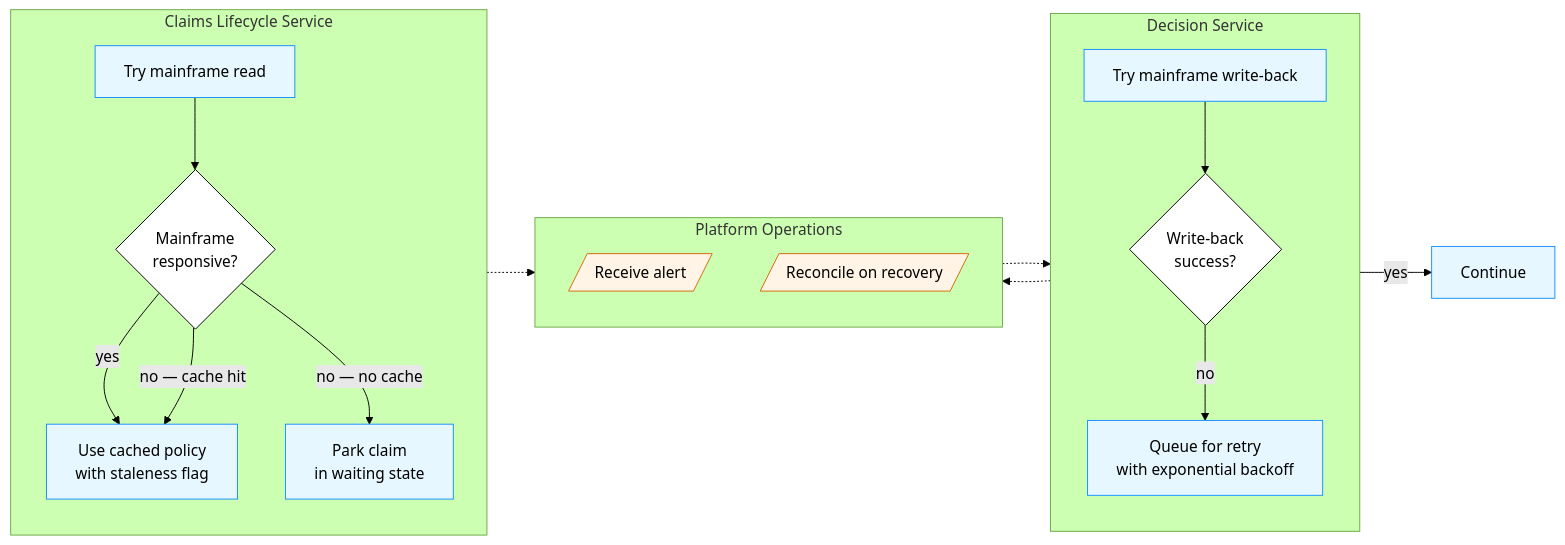
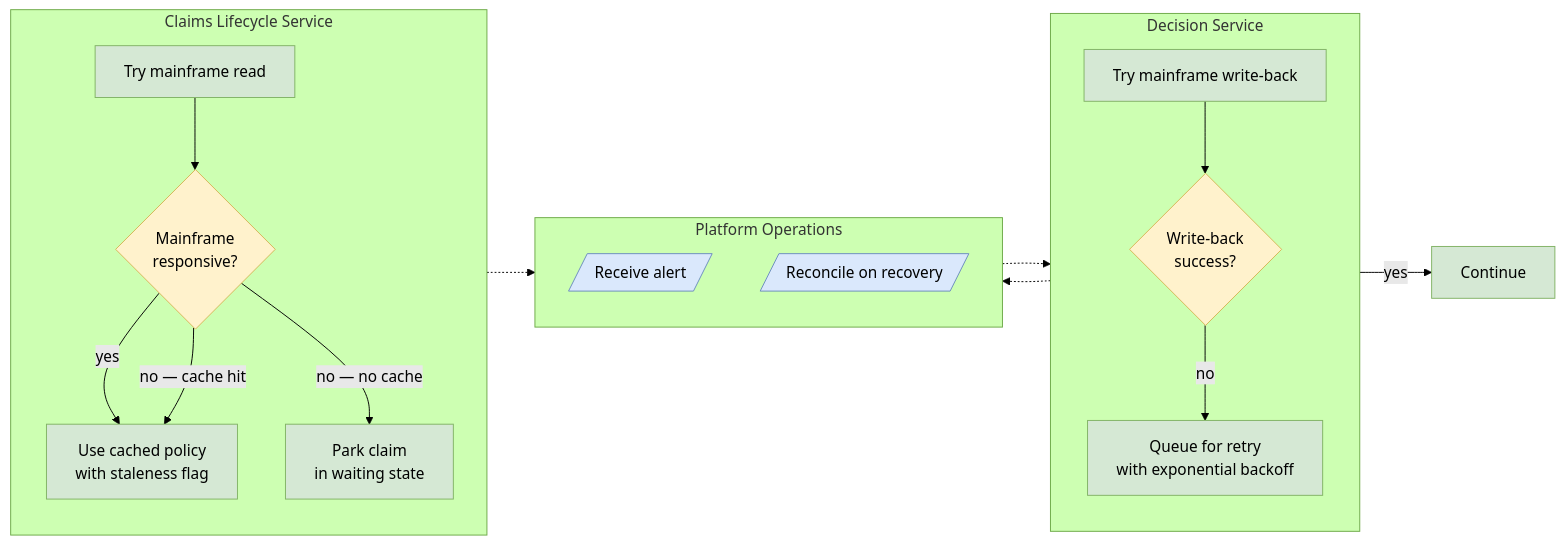
The third of 4 diagrams in workflows/4plus1-diagrams/skills/4plus1-models/examples/synth-claim/02-process-view.md (MarieLynneBlock/arcanum-artifex), drawn with Mermaid (forest theme) before and after one commit. The commit also changed other lines of this file and 49 other files, not shown here.

````diff
--- a/workflows/4plus1-diagrams/skills/4plus1-models/examples/synth-claim/02-process-view.md
+++ b/workflows/4plus1-diagrams/skills/4plus1-models/examples/synth-claim/02-process-view.md
@@ -287,43 +287,43 @@
 ```mermaid
 flowchart LR
     subgraph Lifecycle["Claims Lifecycle Service"]
         direction TB
         lc_try[Try mainframe read]
         lc_gate{Mainframe<br/>responsive?}
         lc_cache[Use cached policy<br/>with staleness flag]
         lc_park[Park claim<br/>in waiting state]
     end
 
     subgraph Decision["Decision Service"]
         direction TB
         dec_try[Try mainframe write-back]
         dec_gate{Write-back<br/>success?}
         dec_queue[Queue for retry<br/>with exponential backoff]
     end
 
     subgraph Ops["Platform Operations"]
         direction TB
         op_alert[/Receive alert/]
         op_reconcile[/Reconcile on recovery/]
     end
 
     lc_try --> lc_gate
     lc_gate -->|yes| lc_cache
     lc_gate -->|no — cache hit| lc_cache
     lc_gate -->|no — no cache| lc_park
     lc_park -.-> op_alert
 
     dec_try --> dec_gate
     dec_gate -->|yes| done[Continue]
     dec_gate -->|no| dec_queue
     dec_queue -.-> op_alert
     op_reconcile -.-> dec_queue
 
-    classDef serviceTask fill:#e6f7ff,stroke:#1890ff,color:#000
-    classDef userTask fill:#fff4e6,stroke:#d46b08,color:#000
-    classDef gateway fill:#ffffff,stroke:#000,color:#000
+    classDef serviceTask fill:#d5e8d4,stroke:#82b366,color:#000
+    classDef userTask fill:#dae8fc,stroke:#6c8ebf,color:#000
+    classDef gateway fill:#fff2cc,stroke:#d6b656,color:#000
 
     class lc_try,lc_cache,lc_park,dec_try,dec_queue,done serviceTask
     class op_alert,op_reconcile userTask
     class lc_gate,dec_gate gateway
 ```
````
